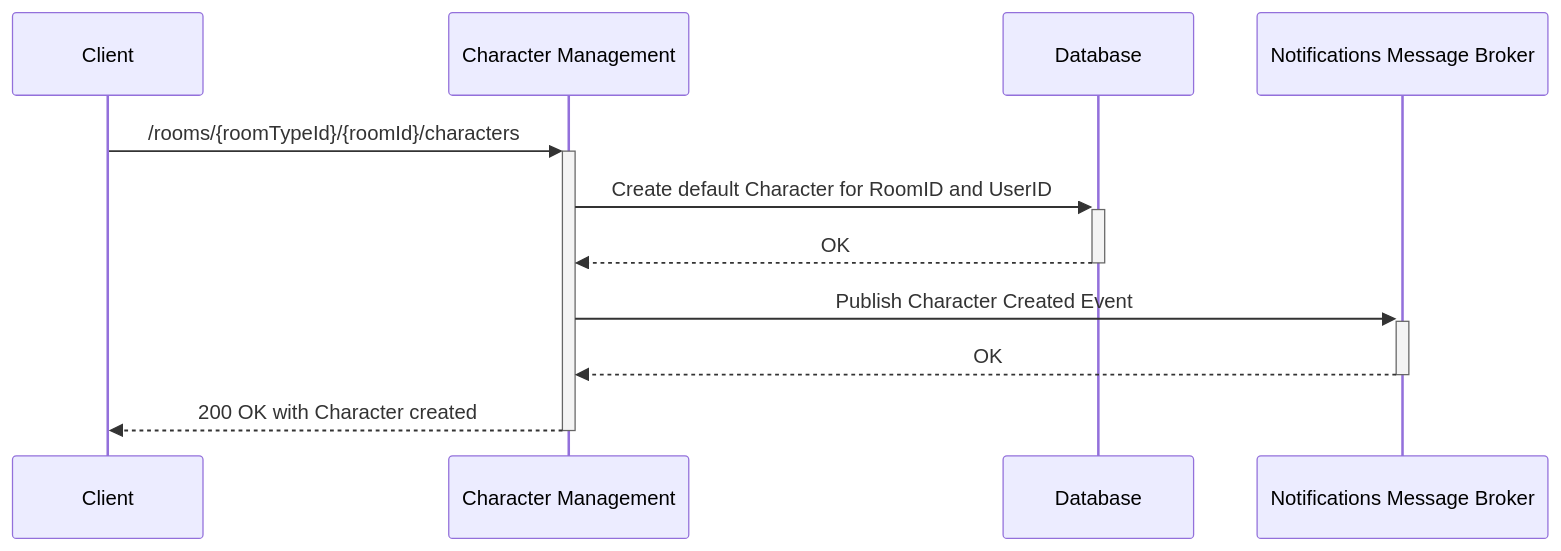
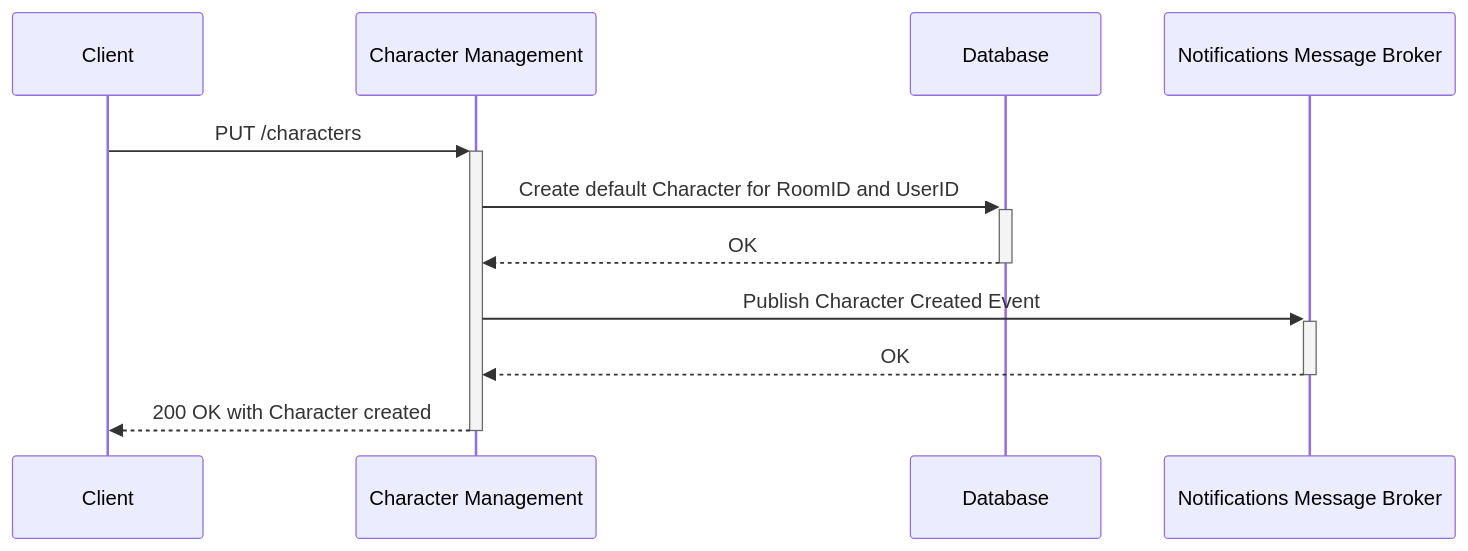
One commit to REW1L/munch-helper changed the third of 5 diagrams in docs/descriptions/MunchHelper/Backend Services/Character Management.md. Above: the diagram before and after it, drawn with Mermaid. The commit also changed other lines of this file and 12 other files, not shown here.

````diff
--- a/docs/descriptions/MunchHelper/Backend Services/Character Management.md
+++ b/docs/descriptions/MunchHelper/Backend Services/Character Management.md
@@ -94,14 +96,14 @@
 ```mermaid
 sequenceDiagram
     participant Client
     participant Character Management
     participant Database
     participant Notifications Message Broker
 
-    Client ->>+ Character Management: /rooms/{roomTypeId}/{roomId}/characters
+    Client ->>+ Character Management: PUT /characters
     Character Management ->>+ Database: Create default Character for RoomID and UserID
     Database -->>- Character Management: OK
     Character Management ->>+ Notifications Message Broker: Publish Character Created Event
     Notifications Message Broker -->>- Character Management: OK
     Character Management -->>- Client: 200 OK with Character created
 ```
````
